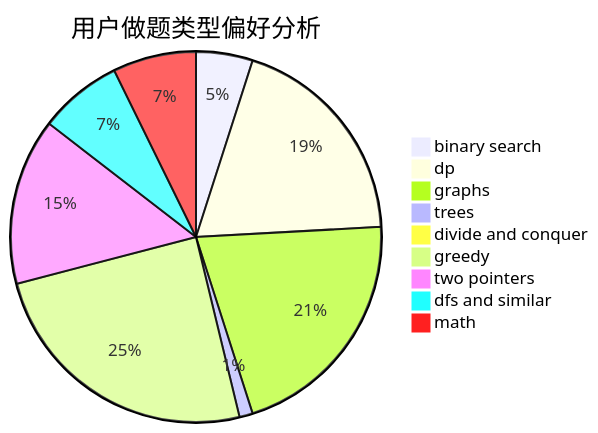
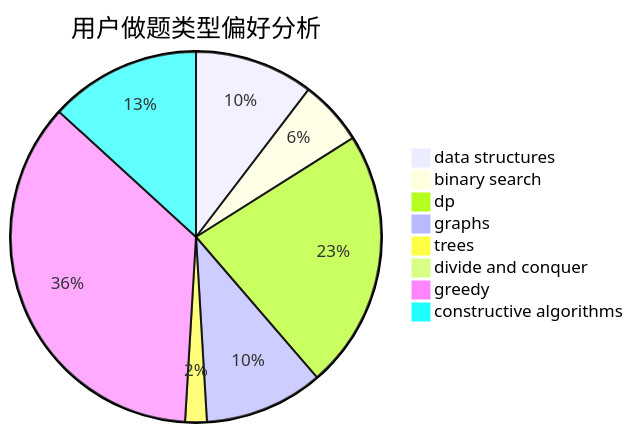
Before and after one commit to sherpahu/cfrs.github.io: the second of 3 diagrams in docs/user/u2110.md, drawn with Mermaid. The commit also changed other lines of this file and 2775 other files, not shown here.

````diff
--- a/docs/user/u2110.md
+++ b/docs/user/u2110.md
@@ -23,12 +23,11 @@
 ```mermaid
 pie title 用户做题类型偏好分析
-    "binary search" :  17
-    "dp" :  66
-    "graphs" :  72
-    "trees" :  4
+    "data structures" :  11
+    "binary search" :  6
+    "dp" :  24
+    "graphs" :  11
+    "trees" :  2
     "divide and conquer" :  0
-    "greedy" :  85
-    "two pointers" :  50
-    "dfs and similar" :  25
-    "math" :  25
+    "greedy" :  38
+    "constructive algorithms" :  14
 ```
````
